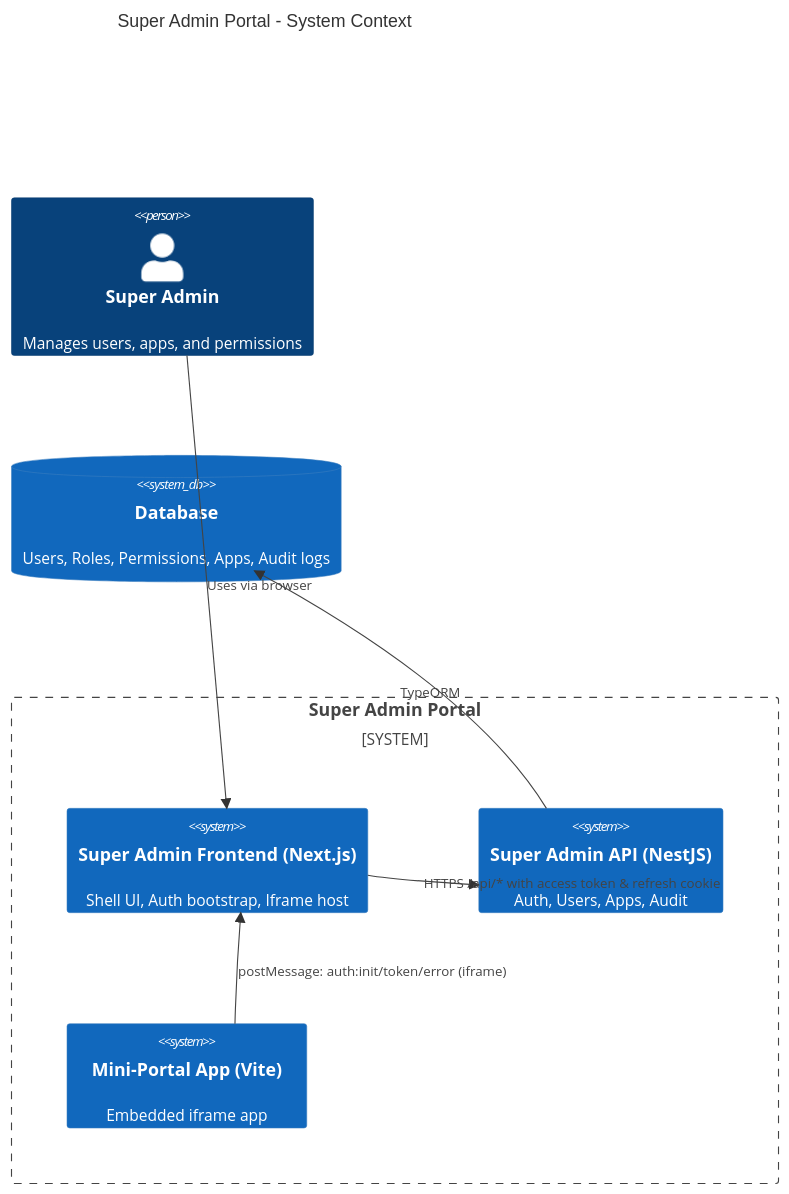
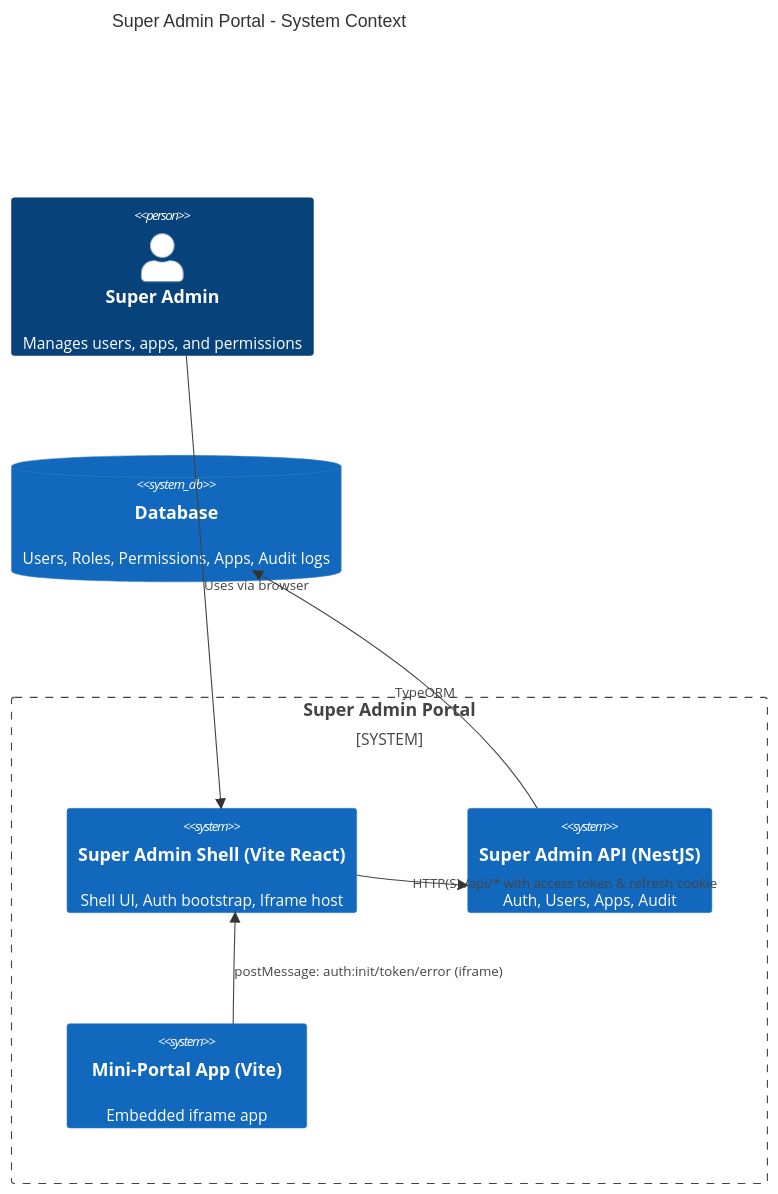
The first of 5 diagrams in docs/system-overview.md (TAdev07/super-admin-portal-demo), drawn with Mermaid before and after one commit. The commit also changed other lines of this file and 44 other files, not shown here.

````diff
--- a/docs/system-overview.md
+++ b/docs/system-overview.md
@@ -7,17 +7,17 @@
 ```mermaid
 C4Context
 title Super Admin Portal - System Context
 
 Person(admin, "Super Admin", "Manages users, apps, and permissions")
 System_Boundary(sap, "Super Admin Portal") {
-  System(frontend, "Super Admin Frontend (Next.js)", "Shell UI, Auth bootstrap, Iframe host")
+  System(frontend, "Super Admin Shell (Vite React)", "Shell UI, Auth bootstrap, Iframe host")
   System(api, "Super Admin API (NestJS)", "Auth, Users, Apps, Audit")
   System(mini, "Mini-Portal App (Vite)", "Embedded iframe app")
 }
 SystemDb(db, "Database", "Users, Roles, Permissions, Apps, Audit logs")
 
 Rel(admin, frontend, "Uses via browser")
-Rel(frontend, api, "HTTPS /api/* with access token & refresh cookie")
+Rel(frontend, api, "HTTP(S) /api/* with access token & refresh cookie")
 Rel(mini, frontend, "postMessage: auth:init/token/error (iframe)")
 Rel(api, db, "TypeORM")
 ```
````
